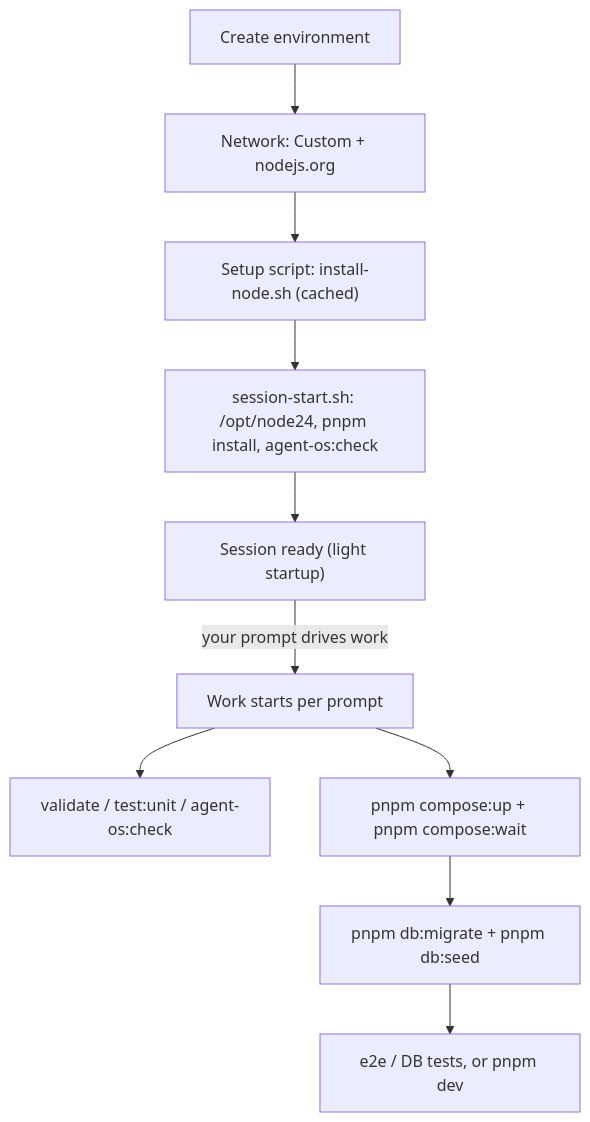
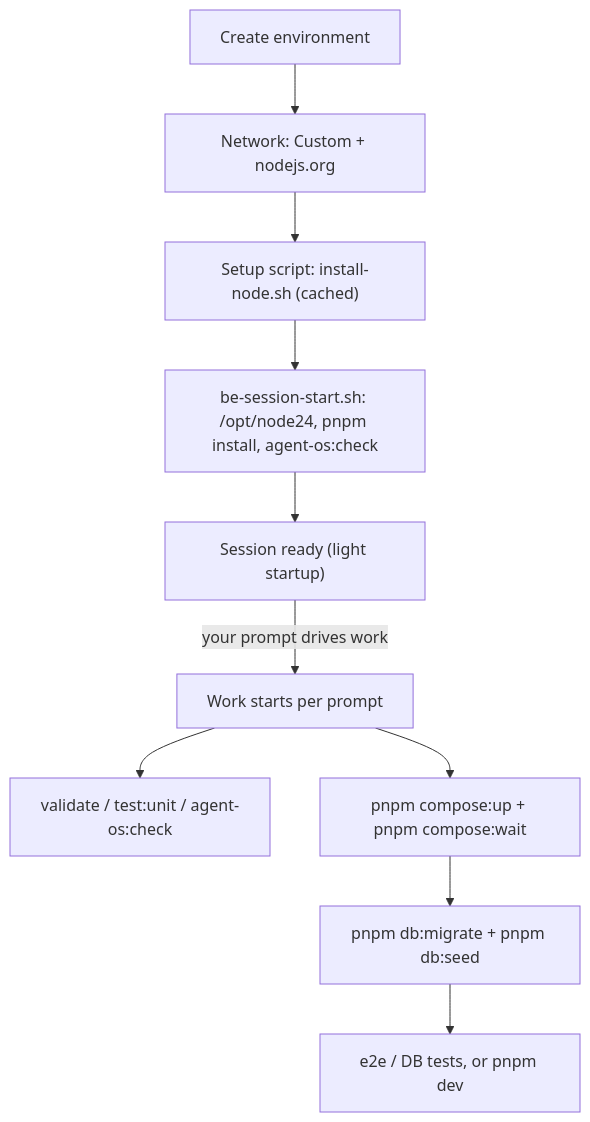
Before and after one commit to albetrios/clinozy-be: the diagram in docs/integrations/claude-code-web-environment.md, drawn with Mermaid. The commit also changed other lines of this file and 59 other files, not shown here.

First line of the commit message:
refactor(agent-os): start every hook with be-

````diff
--- a/docs/integrations/claude-code-web-environment.md
+++ b/docs/integrations/claude-code-web-environment.md
@@ -272,12 +272,12 @@
 ```mermaid
 flowchart TD
   create["Create environment"] --> net["Network: Custom + nodejs.org"]
   net --> setupScript["Setup script: install-node.sh (cached)"]
-  setupScript --> hook["session-start.sh: /opt/node24, pnpm install, agent-os:check"]
+  setupScript --> hook["be-session-start.sh: /opt/node24, pnpm install, agent-os:check"]
   hook --> ready["Session ready (light startup)"]
   ready -->|"your prompt drives work"| prompt["Work starts per prompt"]
   prompt --> staticChecks["validate / test:unit / agent-os:check"]
   prompt --> services["pnpm compose:up + pnpm compose:wait"]
   services --> migrate["pnpm db:migrate + pnpm db:seed"]
   migrate --> dbWork["e2e / DB tests, or pnpm dev"]
 ```
````
